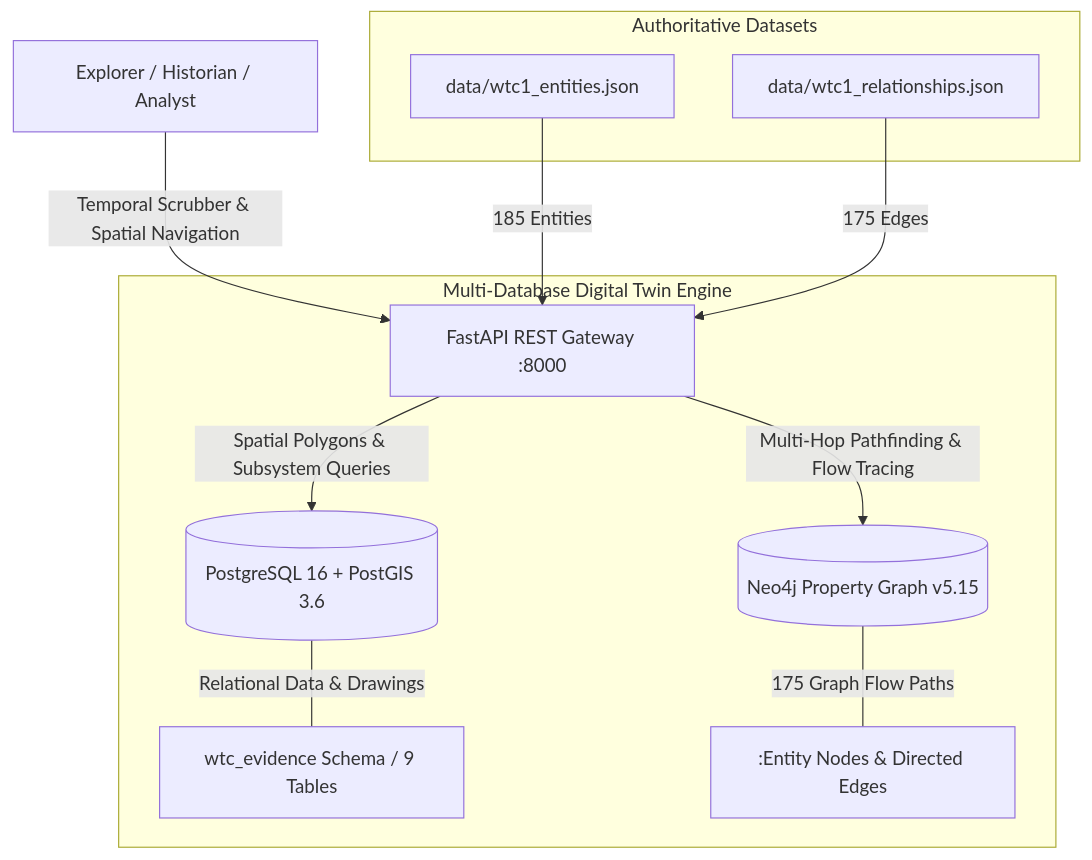
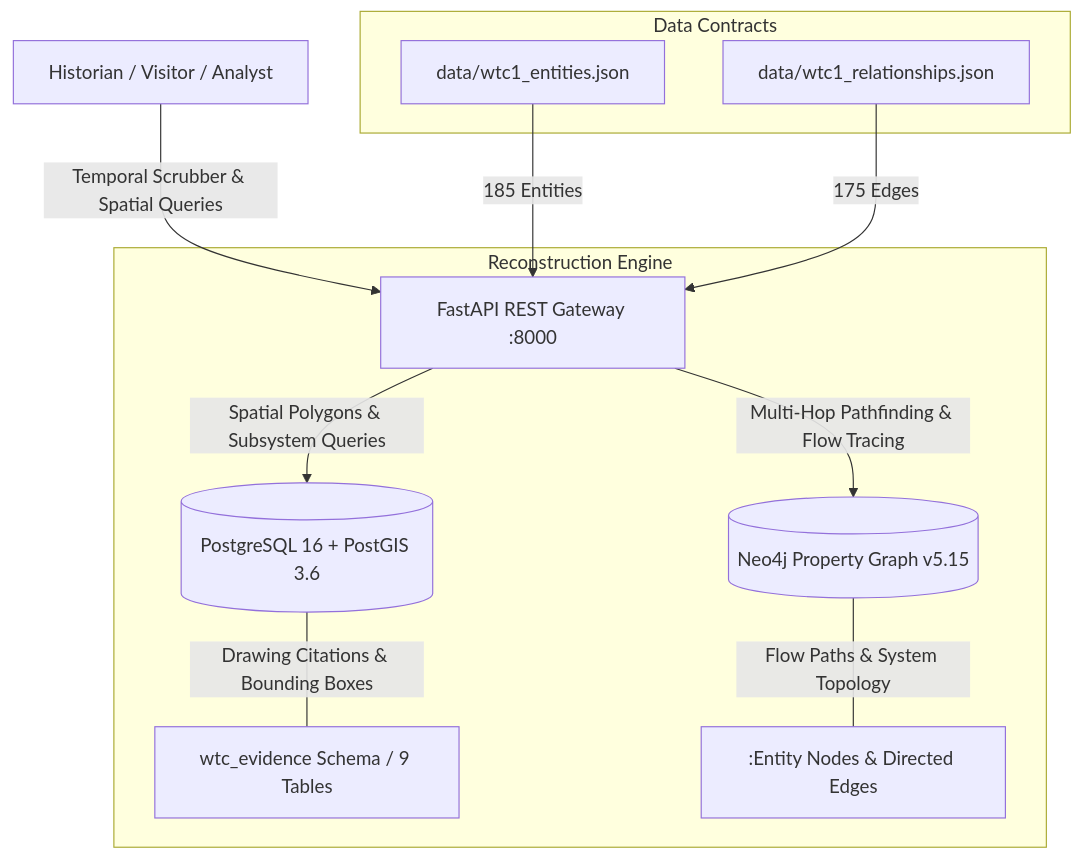
The diagram in README.md (scaryjerryx/wtc-twin-towers), drawn with Mermaid before and after one commit. The commit also changed other lines of this file, not shown here.

Commit message:
docs(readme): reframe README to museum-style interactive historical reconstruction vision (1966-2001)

````diff
--- a/README.md
+++ b/README.md
@@ -71,17 +133,17 @@
 ```mermaid
 graph TD
-    User[Explorer / Historian / Analyst] -->|Temporal Scrubber & Spatial Navigation| Gateway[FastAPI REST Gateway :8000]
+    Explorer[Historian / Visitor / Analyst] -->|Temporal Scrubber & Spatial Queries| Gateway[FastAPI REST Gateway :8000]
     
-    subgraph Multi-Database Digital Twin Engine
+    subgraph Reconstruction Engine
         Gateway -->|Spatial Polygons & Subsystem Queries| PG[(PostgreSQL 16 + PostGIS 3.6)]
         Gateway -->|Multi-Hop Pathfinding & Flow Tracing| NEO[(Neo4j Property Graph v5.15)]
         
-        PG ---|Relational Data & Drawings| SQL_DATA[wtc_evidence Schema / 9 Tables]
-        NEO ---|175 Graph Flow Paths| GRAPH_DATA[:Entity Nodes & Directed Edges]
+        PG ---|Drawing Citations & Bounding Boxes| SQL_DATA[wtc_evidence Schema / 9 Tables]
+        NEO ---|Flow Paths & System Topology| GRAPH_DATA[:Entity Nodes & Directed Edges]
     end
     
-    subgraph Authoritative Datasets
+    subgraph Data Contracts
         JSON_ENT[data/wtc1_entities.json] -->|185 Entities| Gateway
         JSON_REL[data/wtc1_relationships.json] -->|175 Edges| Gateway
     end
 ```
````
